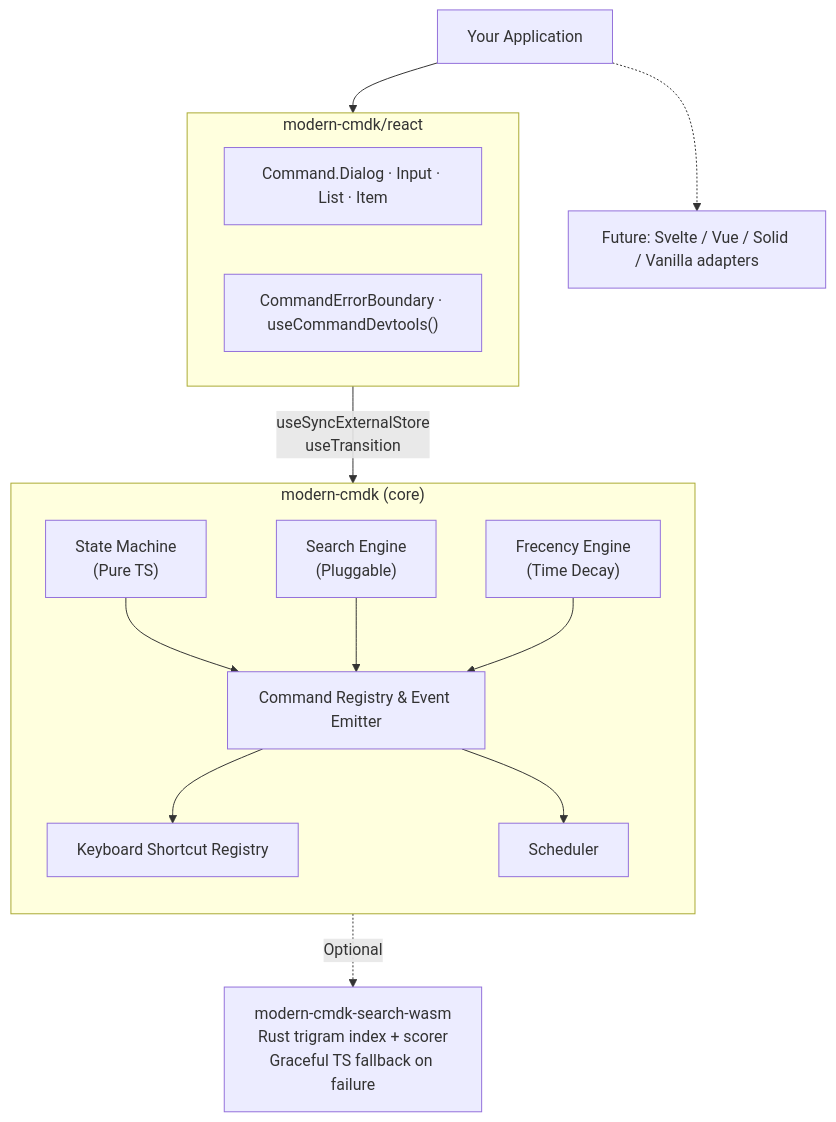
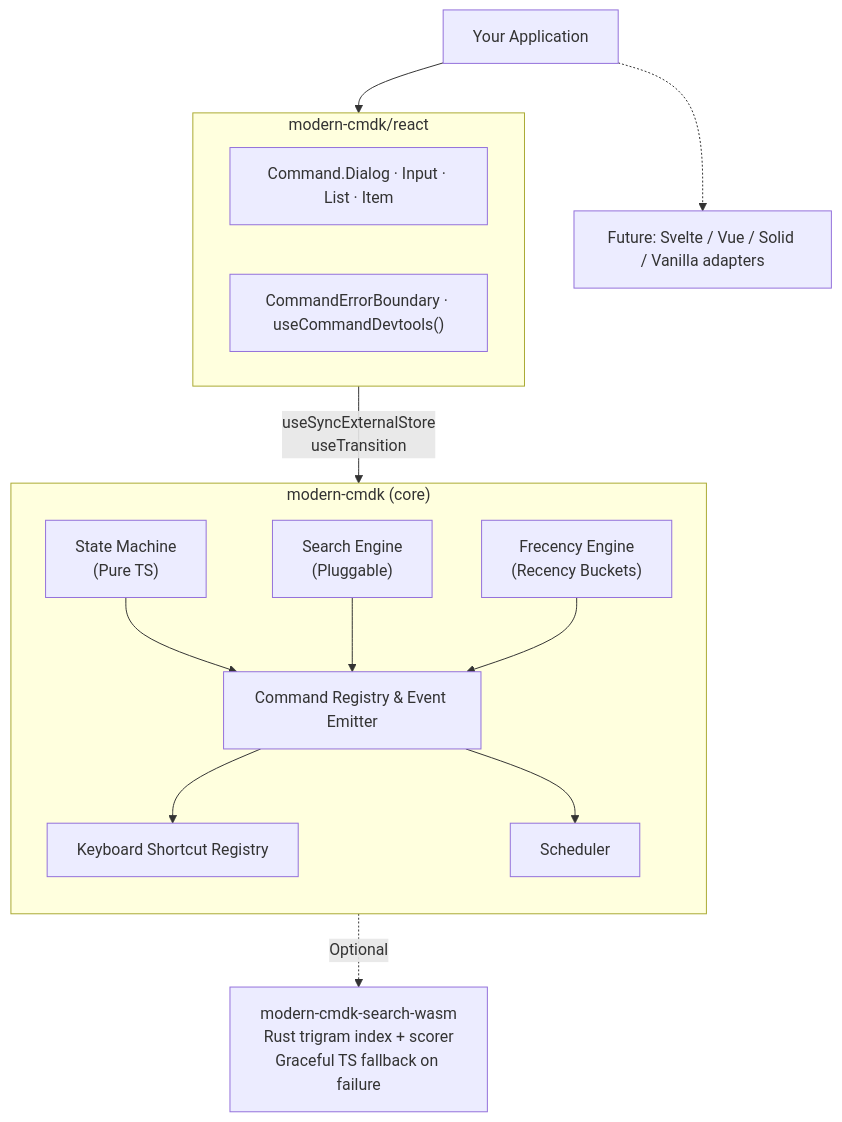
One commit to ABCrimson/modern-cmdk changed the diagram in README.md. Above: the diagram before and after it, drawn with Mermaid. The commit also changed other lines of this file, not shown here.

````diff
--- a/README.md
+++ b/README.md
@@ -141,34 +162,34 @@
 ```mermaid
 flowchart TB
     App["Your Application"]
 
     subgraph react ["modern-cmdk/react"]
         direction LR
         C1["Command.Dialog · Input · List · Item"]
         C2["CommandErrorBoundary · useCommandDevtools()"]
     end
 
     Future["Future: Svelte / Vue / Solid / Vanilla adapters"]
 
     subgraph core ["modern-cmdk (core)"]
         direction TB
         SM["State Machine<br/>(Pure TS)"]
         SE["Search Engine<br/>(Pluggable)"]
-        FE["Frecency Engine<br/>(Time Decay)"]
+        FE["Frecency Engine<br/>(Recency Buckets)"]
         REG["Command Registry & Event Emitter"]
         KB["Keyboard Shortcut Registry"]
         SCH["Scheduler"]
         SM --> REG
         SE --> REG
         FE --> REG
         REG --> KB
         REG --> SCH
     end
 
     WASM["modern-cmdk-search-wasm<br/>Rust trigram index + scorer<br/>Graceful TS fallback on failure"]
 
     App --> react
     App -.-> Future
     react -->|"useSyncExternalStore<br/>useTransition"| core
     core -.->|"Optional"| WASM
 ```
````
